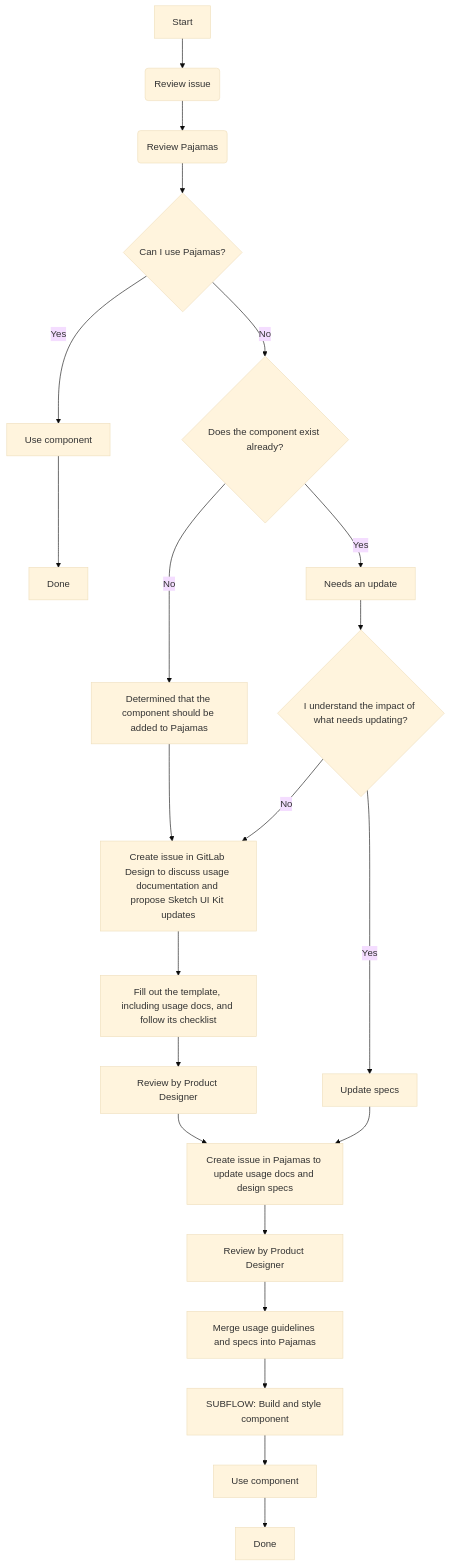
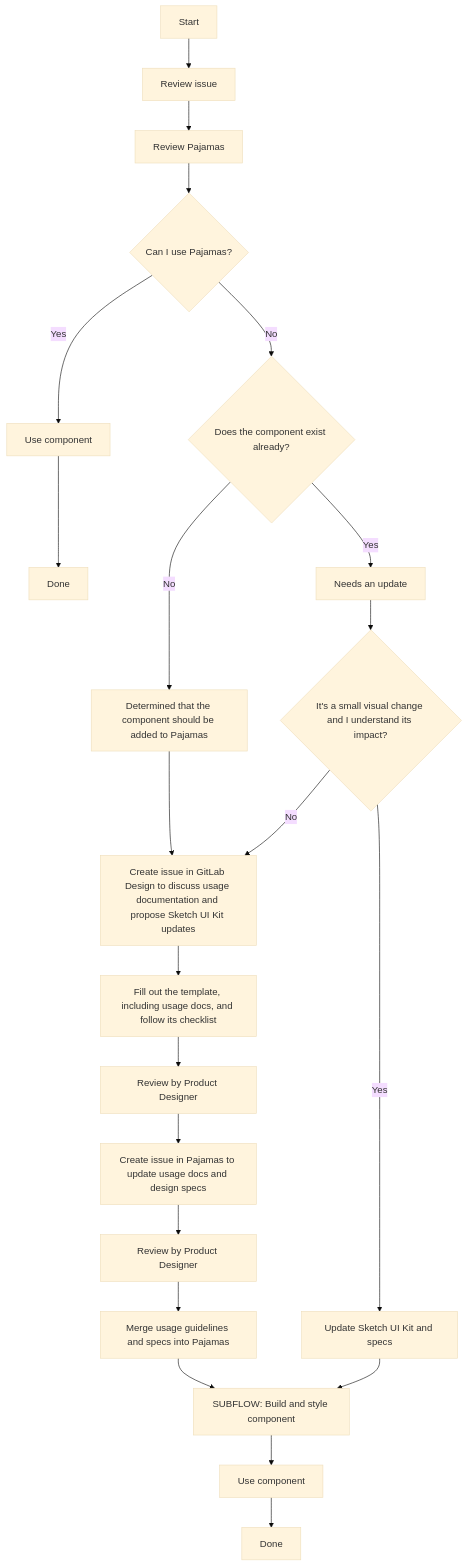
The diagram in doc/component-lifecycle.md (khulnasoft-lab/design.khulnasoft.com), drawn with Mermaid (base theme) before and after one commit. The commit also changed other lines of this file, not shown here.

Commit message:
Update diagram for small visual changes

````diff
--- a/doc/component-lifecycle.md
+++ b/doc/component-lifecycle.md
@@ -57,28 +57,28 @@
 ```mermaid
 graph TD;
-A[Start] -->B(Review issue)
-B--> C(Review Pajamas)
+A[Start] -->B[Review issue]
+B--> C[Review Pajamas]
 click C "https://design.gitlab.com"
 C-->D{Can I use Pajamas?}
 D -->|Yes| E[Use component]
 E --> F[Done]
 D -->|No| G{Does the component exist already?}
 G-->|No| H[Determined that the component should be added to Pajamas]
 H-->I[Create issue in GitLab Design to discuss usage documentation and propose Sketch UI Kit updates]
 click I "https://gitlab.com/gitlab-org/gitlab-design/issues/new?issuable_template=UX%20Pattern"
 I-->J[Fill out the template, including usage docs, and follow its checklist]
 J-->K[Review by Product Designer]
 K-->L[Create issue in Pajamas to update usage docs and design specs]
 click L "https://gitlab.com/gitlab-org/gitlab-services/design.gitlab.com/issues/new"
 L-->M[Review by Product Designer]
 M-->N[Merge usage guidelines and specs into Pajamas]
 N-->O[SUBFLOW: Build and style component]
 click O "https://gitlab.com/gitlab-org/gitlab-ui/blob/master/doc/component-lifecycle.md"
 O-->P[Use component]
 P-->Q[Done]
 G-->|Yes| R[Needs an update]
-R-->S{I understand the impact of what needs updating?}
-S-->|Yes| T[Update specs]
-T-->L
+R-->S{It's a small visual change and I understand its impact?}
+S-->|Yes| T[Update Sketch UI Kit and specs]
+T-->O
 S-->|No| I
 ```
````
